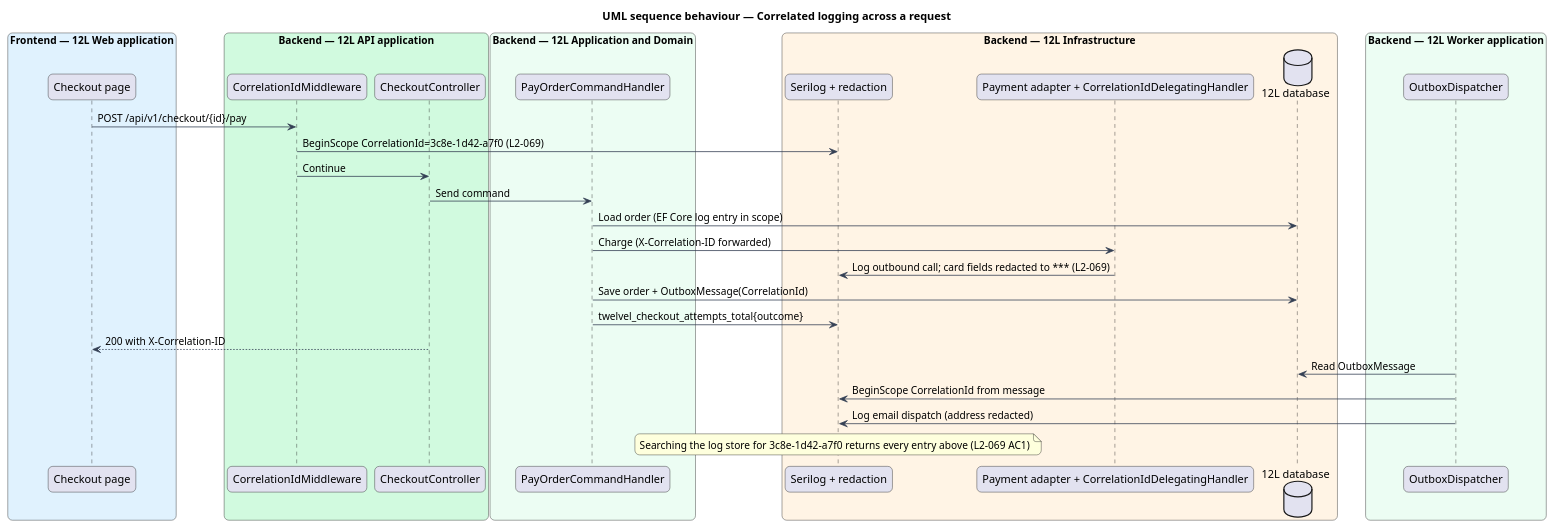
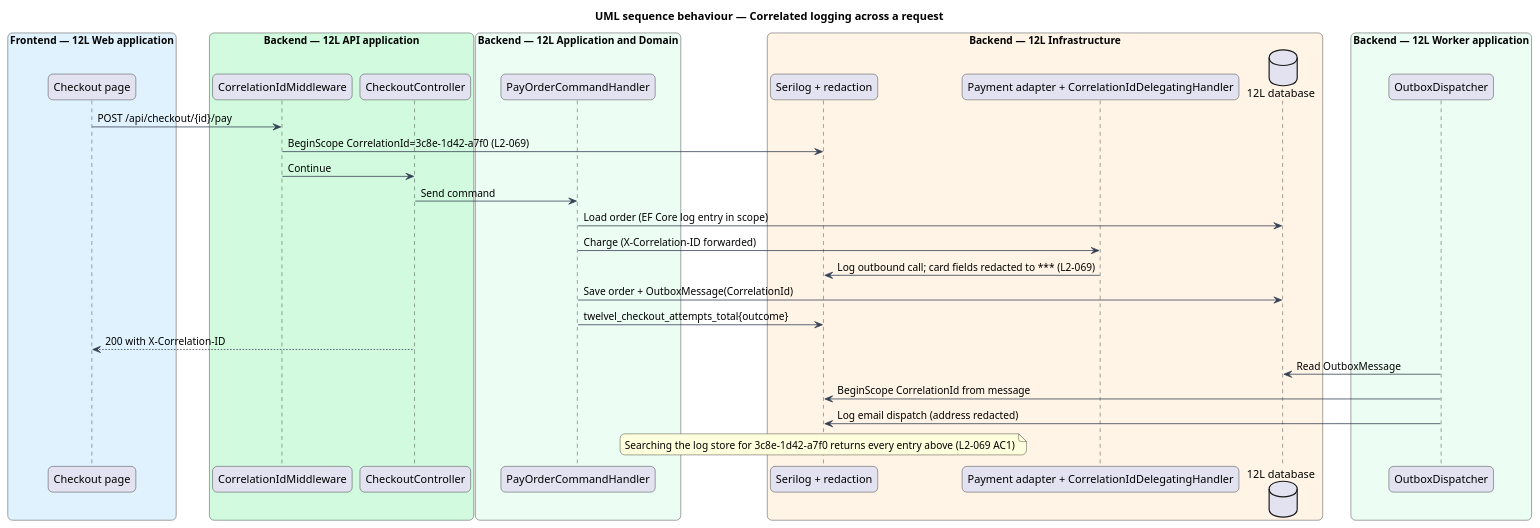
Before and after one commit to QuinntyneBrown/12l: the diagram in docs/detailed-designs/platform/report-errors-and-observe/diagrams/sequence-correlated-logging.puml, drawn with PlantUML. The commit also changed 28 other files, not shown here.

```diff
--- a/docs/detailed-designs/platform/report-errors-and-observe/diagrams/sequence-correlated-logging.puml
+++ b/docs/detailed-designs/platform/report-errors-and-observe/diagrams/sequence-correlated-logging.puml
@@ -1,49 +1,49 @@
 @startuml
 title UML sequence behaviour — Correlated logging across a request
 skinparam backgroundColor #FFFFFF
 skinparam shadowing false
 skinparam roundcorner 12
 skinparam defaultFontName Arial
 skinparam ArrowColor #344054
 skinparam rectangle {
   BorderColor #344054
   FontColor #101828
 }
 skinparam package {
   BorderColor #667085
   FontColor #101828
   BackgroundColor #F9FAFB
 }
 box "Frontend — 12L Web application" #E0F2FE
   participant "Checkout page" as page
 end box
 box "Backend — 12L API application" #D1FADF
   participant "CorrelationIdMiddleware" as corr
   participant "CheckoutController" as ctrl
 end box
 box "Backend — 12L Application and Domain" #ECFDF3
   participant "PayOrderCommandHandler" as handler
 end box
 box "Backend — 12L Infrastructure" #FFF4E5
   participant "Serilog + redaction" as log
   participant "Payment adapter + CorrelationIdDelegatingHandler" as pay
   database "12L database" as db
 end box
 box "Backend — 12L Worker application" #ECFDF3
   participant "OutboxDispatcher" as worker
 end box
-page -> corr : POST /api/v1/checkout/{id}/pay
+page -> corr : POST /api/checkout/{id}/pay
 corr -> log : BeginScope CorrelationId=3c8e-1d42-a7f0 (L2-069)
 corr -> ctrl : Continue
 ctrl -> handler : Send command
 handler -> db : Load order (EF Core log entry in scope)
 handler -> pay : Charge (X-Correlation-ID forwarded)
 pay -> log : Log outbound call; card fields redacted to *** (L2-069)
 handler -> db : Save order + OutboxMessage(CorrelationId)
 handler -> log : twelvel_checkout_attempts_total{outcome}
 ctrl --> page : 200 with X-Correlation-ID
 worker -> db : Read OutboxMessage
 worker -> log : BeginScope CorrelationId from message
 worker -> log : Log email dispatch (address redacted)
 note over log : Searching the log store for 3c8e-1d42-a7f0 returns every entry above (L2-069 AC1)
 @enduml
```
